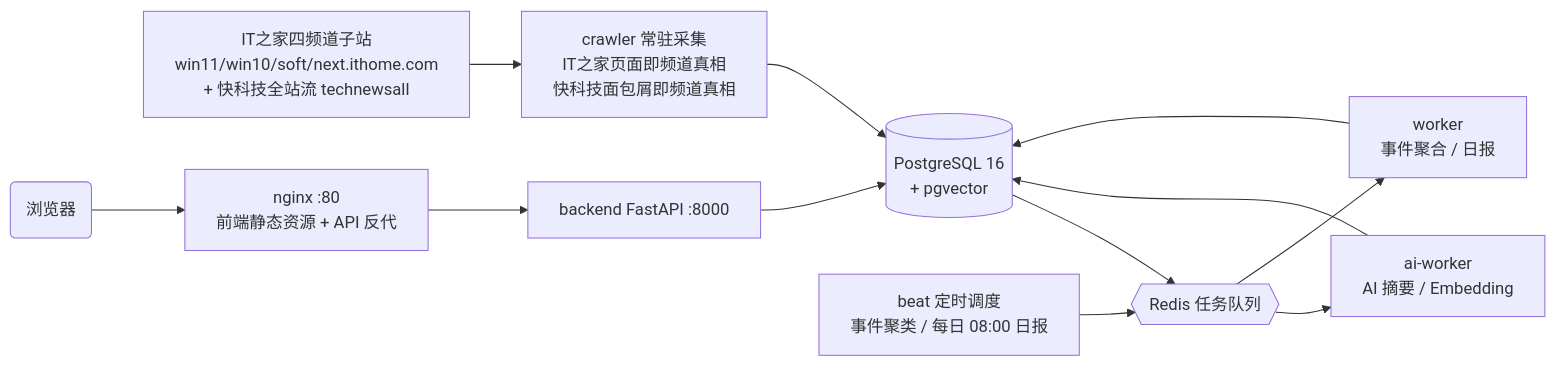
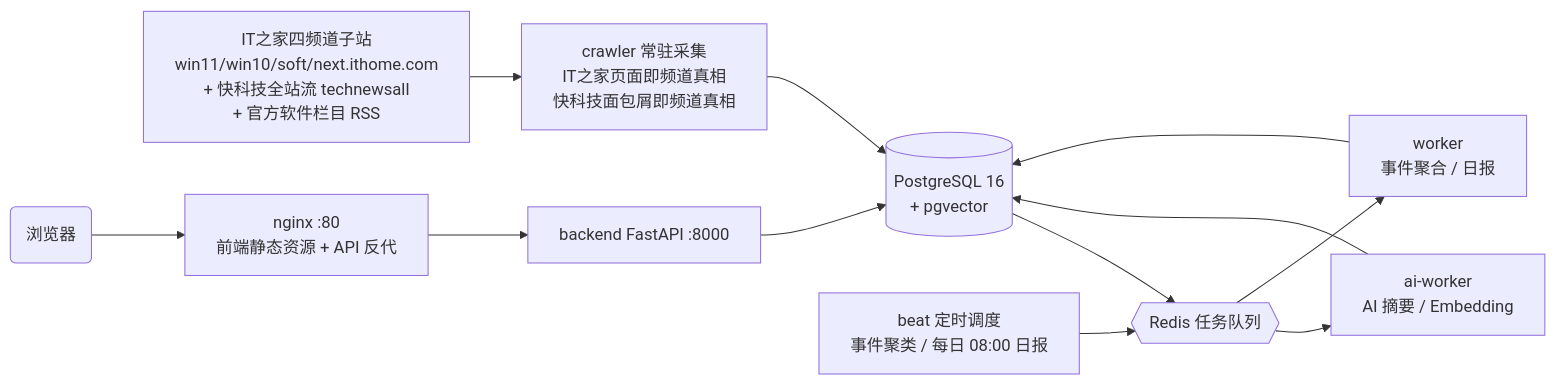
Before and after one commit to xuboboo/news: the diagram in README.md, drawn with Mermaid. The commit also changed 3 other files, not shown here.

````diff
--- a/README.md
+++ b/README.md
@@ -45,14 +45,14 @@
 ```mermaid
 flowchart LR
-    SRC[IT之家四频道子站<br/>win11/win10/soft/next.ithome.com<br/>+ 快科技全站流 technewsall] --> CR[crawler 常驻采集<br/>IT之家页面即频道真相<br/>快科技面包屑即频道真相]
+    SRC[IT之家四频道子站<br/>win11/win10/soft/next.ithome.com<br/>+ 快科技全站流 technewsall<br/>+ 官方软件栏目 RSS] --> CR[crawler 常驻采集<br/>IT之家页面即频道真相<br/>快科技面包屑即频道真相]
     CR --> PG[(PostgreSQL 16<br/>+ pgvector)]
     PG --> RD{{Redis 任务队列}}
     RD --> AI[ai-worker<br/>AI 摘要 / Embedding]
     RD --> WK[worker<br/>事件聚合 / 日报]
     BT[beat 定时调度<br/>事件聚类 / 每日 08:00 日报] --> RD
     AI --> PG
     WK --> PG
     NG[nginx :80<br/>前端静态资源 + API 反代] --> BE[backend FastAPI :8000]
     BE --> PG
     U(浏览器) --> NG
 ```
````
